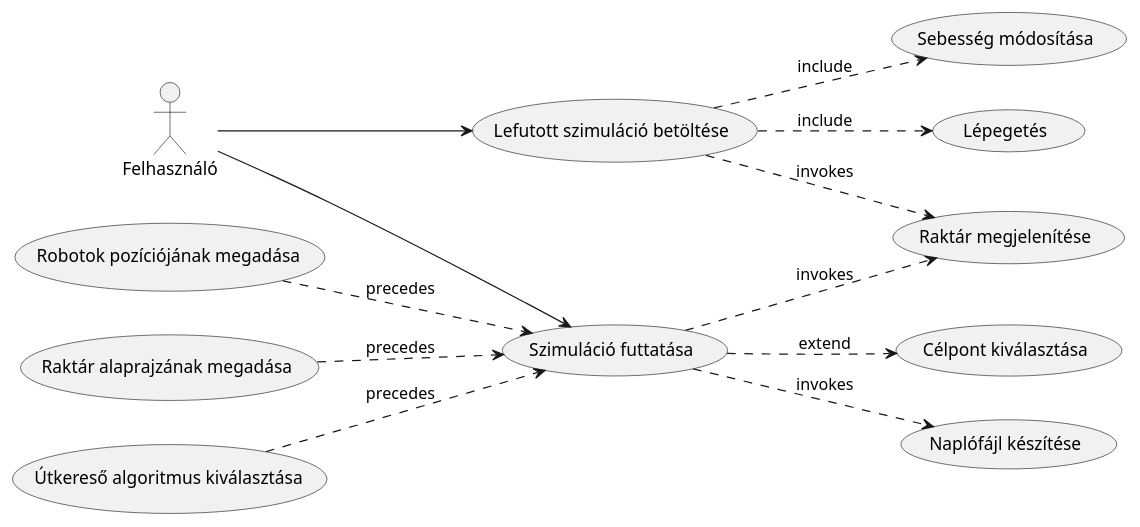
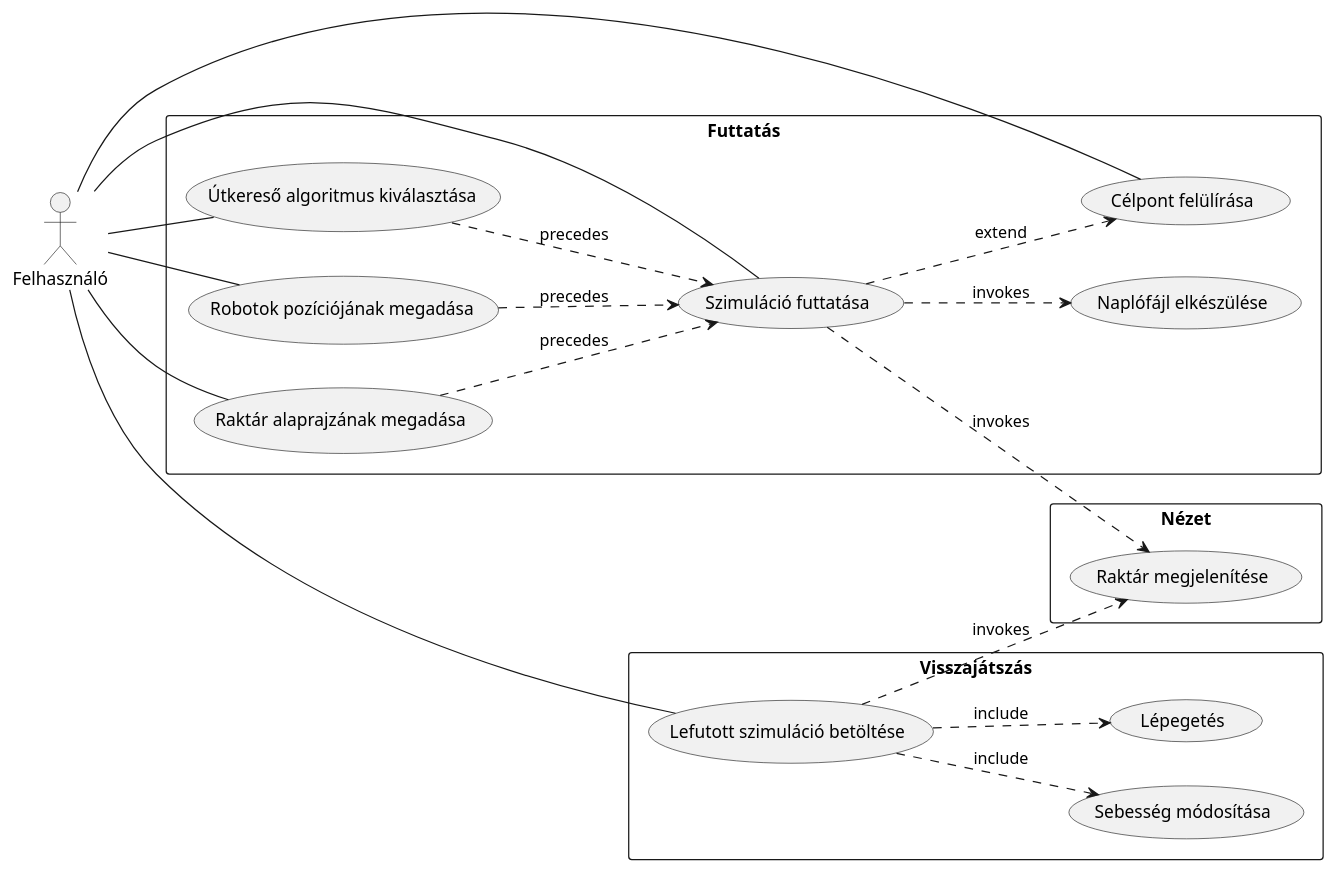
The diagram in uml/usecase.pu (monkeysoop/csapat3), drawn with PlantUML before and after one commit. The commit also changed other lines of this file, not shown here.

Commit message:
extended usecase diagram

```diff
--- a/uml/usecase.pu
+++ b/uml/usecase.pu
@@ -1,21 +1,31 @@
 @startuml usecase
 left to right direction
 skinparam monochrome false
-:Felhasználó: as U
+actor U as "Felhasználó"
 
-U --> (Szimuláció futtatása)
-U --> (Lefutott szimuláció betöltése)
+rectangle Futtatás {
+  U -- (Szimuláció futtatása)
+  U -- (Robotok pozíciójának megadása)
+  U -- (Raktár alaprajzának megadása)
+  U -- (Útkereső algoritmus kiválasztása)
+  U - (Célpont felülírása)
 
-(Robotok pozíciójának megadása) .-> (Szimuláció futtatása) : precedes
-(Raktár alaprajzának megadása) .-> (Szimuláció futtatása) : precedes
-(Útkereső algoritmus kiválasztása) .-> (Szimuláció futtatása) : precedes
+  (Robotok pozíciójának megadása) .-> (Szimuláció futtatása) : precedes
+  (Raktár alaprajzának megadása) .-> (Szimuláció futtatása) : precedes
+  (Útkereső algoritmus kiválasztása) .-> (Szimuláció futtatása) : precedes
+  (Szimuláció futtatása) .-> (Célpont felülírása) : extend
+  (Szimuláció futtatása) .-> (Naplófájl elkészülése) : invokes
+}
 
-(Szimuláció futtatása) .-> (Célpont kiválasztása) : extend
-(Szimuláció futtatása) .-> (Naplófájl készítése) : invokes
+rectangle Nézet {
+  (Szimuláció futtatása) .-> (Raktár megjelenítése) : invokes
+}
 
-(Szimuláció futtatása) .-> (Raktár megjelenítése) : invokes
-(Lefutott szimuláció betöltése) .-> (Raktár megjelenítése) : invokes
+rectangle Visszajátszás {
+  U -- (Lefutott szimuláció betöltése)
 
-(Lefutott szimuláció betöltése) .-> (Sebesség módosítása) : include
-(Lefutott szimuláció betöltése) .-> (Lépegetés) : include
+  (Lefutott szimuláció betöltése) .-> (Raktár megjelenítése) : invokes
+  (Lefutott szimuláció betöltése) .-> (Sebesség módosítása) : include
+  (Lefutott szimuláció betöltése) .-> (Lépegetés) : include
+}
 @enduml
```
